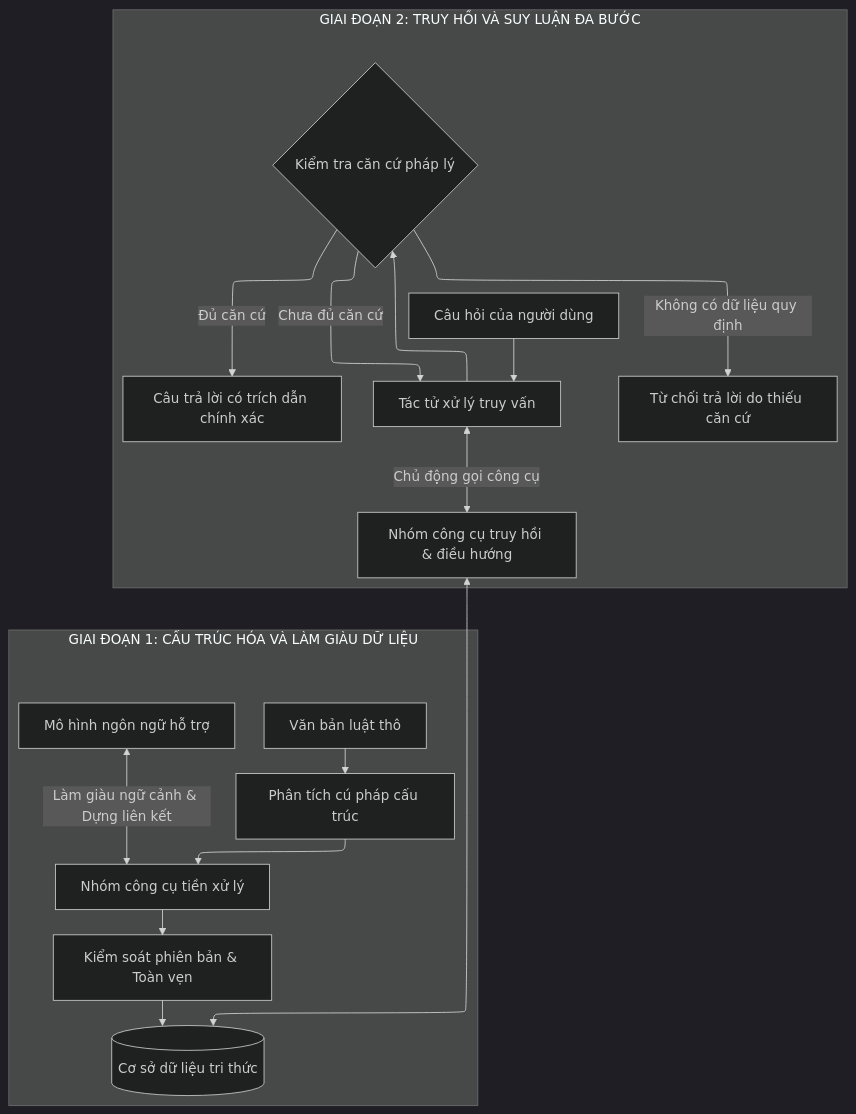
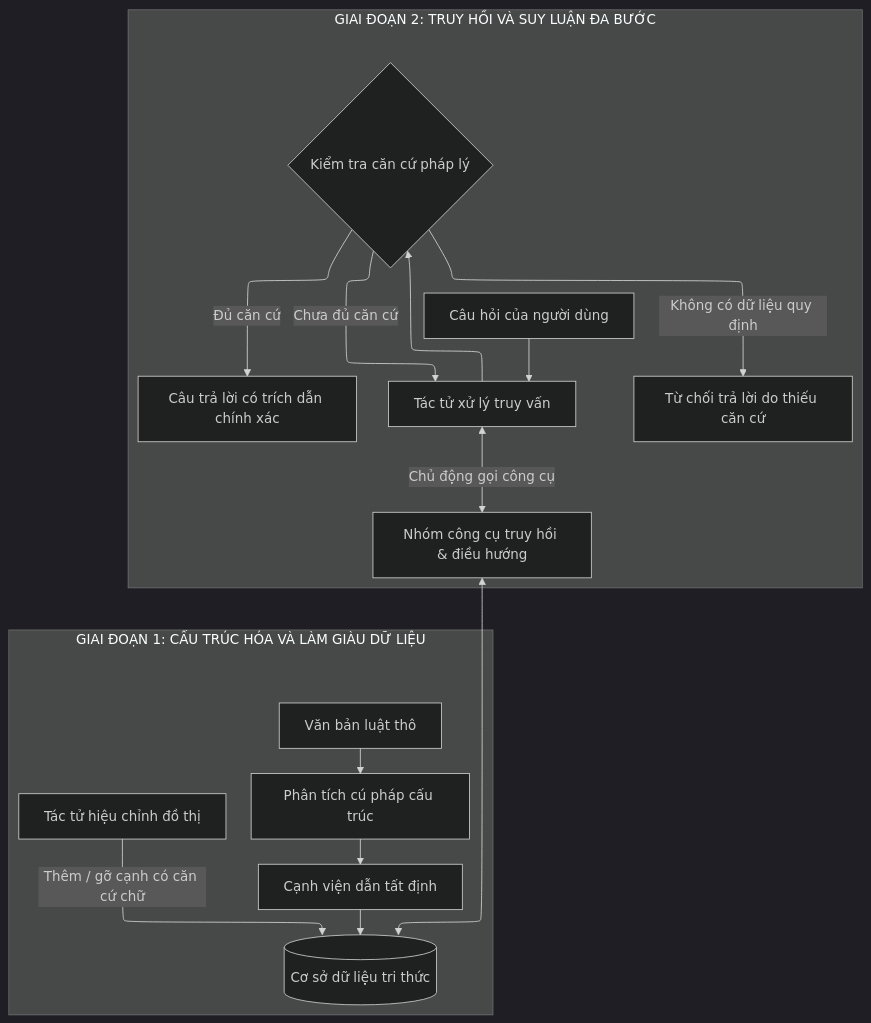
The second of 2 diagrams in PROPOSAL.md (Hoang604/rag), drawn with Mermaid (dark theme) before and after one commit. The commit also changed 100 other files, not shown here.

````diff
--- a/PROPOSAL.md
+++ b/PROPOSAL.md
@@ -98,23 +98,22 @@
 ```mermaid
 %%{init: {"flowchart": {"defaultRenderer": "elk"}}}%%
 flowchart TD
     subgraph INGESTION ["GIAI ĐOẠN 1: CẤU TRÚC HÓA VÀ LÀM GIÀU DỮ LIỆU"]
         direction TB
         RAW["Văn bản luật thô"] --> AST["Phân tích cú pháp cấu trúc"]
-        AST --> STG_TOOLS["Nhóm công cụ tiền xử lý"]
-        LLM_CURATOR["Mô hình ngôn ngữ hỗ trợ"] <-->|Làm giàu ngữ cảnh & Dựng liên kết| STG_TOOLS
-        STG_TOOLS --> WAL["Kiểm soát phiên bản & Toàn vẹn"]
-        WAL --> PROD_DB[("Cơ sở dữ liệu tri thức")]
+        AST --> CITE["Cạnh viện dẫn tất định"]
+        CITE --> PROD_DB[("Cơ sở dữ liệu tri thức")]
+        LLM_CURATOR["Tác tử hiệu chỉnh đồ thị"] -->|Thêm / gỡ cạnh có căn cứ chữ| PROD_DB
     end
 
     subgraph RETRIEVAL ["GIAI ĐOẠN 2: TRUY HỒI VÀ SUY LUẬN ĐA BƯỚC"]
         direction TB
         USER_QUERY["Câu hỏi của người dùng"] --> LLM_AGENT["Tác tử xử lý truy vấn"]
         LLM_AGENT <-->|Chủ động gọi công cụ| RUNTIME_TOOLS["Nhóm công cụ truy hồi & điều hướng"]
         RUNTIME_TOOLS <--> PROD_DB
         LLM_AGENT --> VERIFY{"Kiểm tra căn cứ pháp lý"}
         VERIFY -- "Chưa đủ căn cứ" --> LLM_AGENT
         VERIFY -- "Đủ căn cứ" --> FINAL_ANS["Câu trả lời có trích dẫn chính xác"]
         VERIFY -- "Không có dữ liệu quy định" --> REFUSE["Từ chối trả lời do thiếu căn cứ"]
     end
 ```
````
